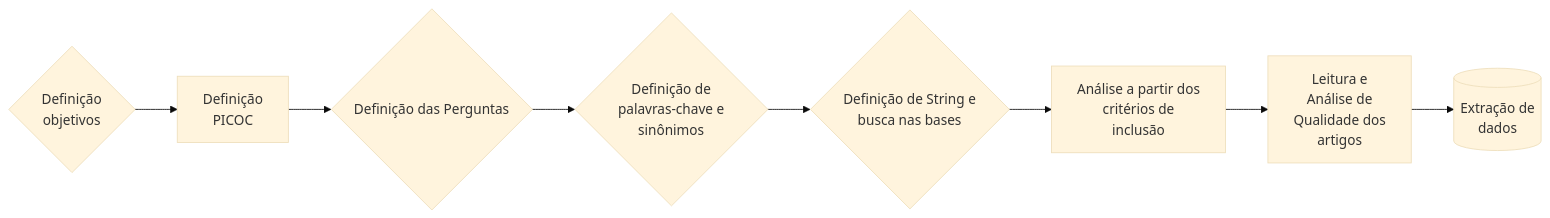
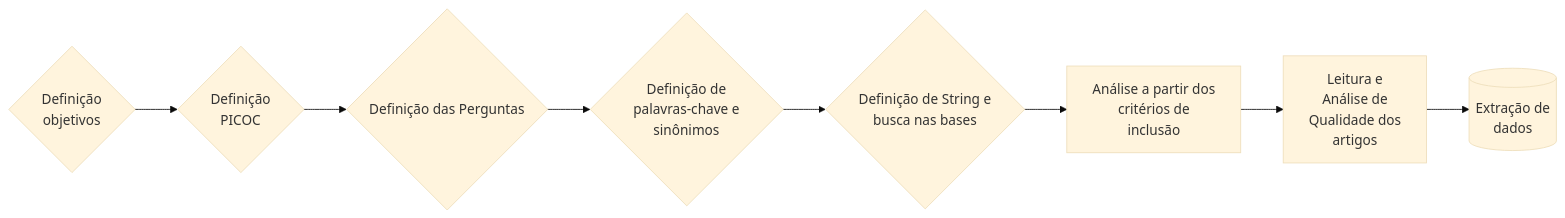
Before and after one commit to nextmarte/rslFii: the diagram in index.qmd, drawn with Mermaid (base theme). The commit also changed other lines of this file and 1 other file, not shown here.

Commit message:
Fix graph syntax in index.qmd

````diff
--- a/index.qmd
+++ b/index.qmd
@@ -48,11 +48,11 @@
 ```{mermaid}
 %%| fig-width: 6.5
 graph LR;
-    A{Definição <br> objetivos} --> B[Definição <br> PICOC];
+    A{Definição <br> objetivos} --> B{Definição <br> PICOC};
     B --> C{Definição das Perguntas};
     C --> D{Definição de <br> palavras-chave e <br> sinônimos};
     D --> E{Definição de String e <br> busca nas bases};
     E --> F[Análise a partir dos <br> critérios de <br> inclusão];
     F --> G[Leitura e <br> Análise de <br> Qualidade dos <br> artigos];
     G --> H[(Extração de <br> dados)];
 ```
````
